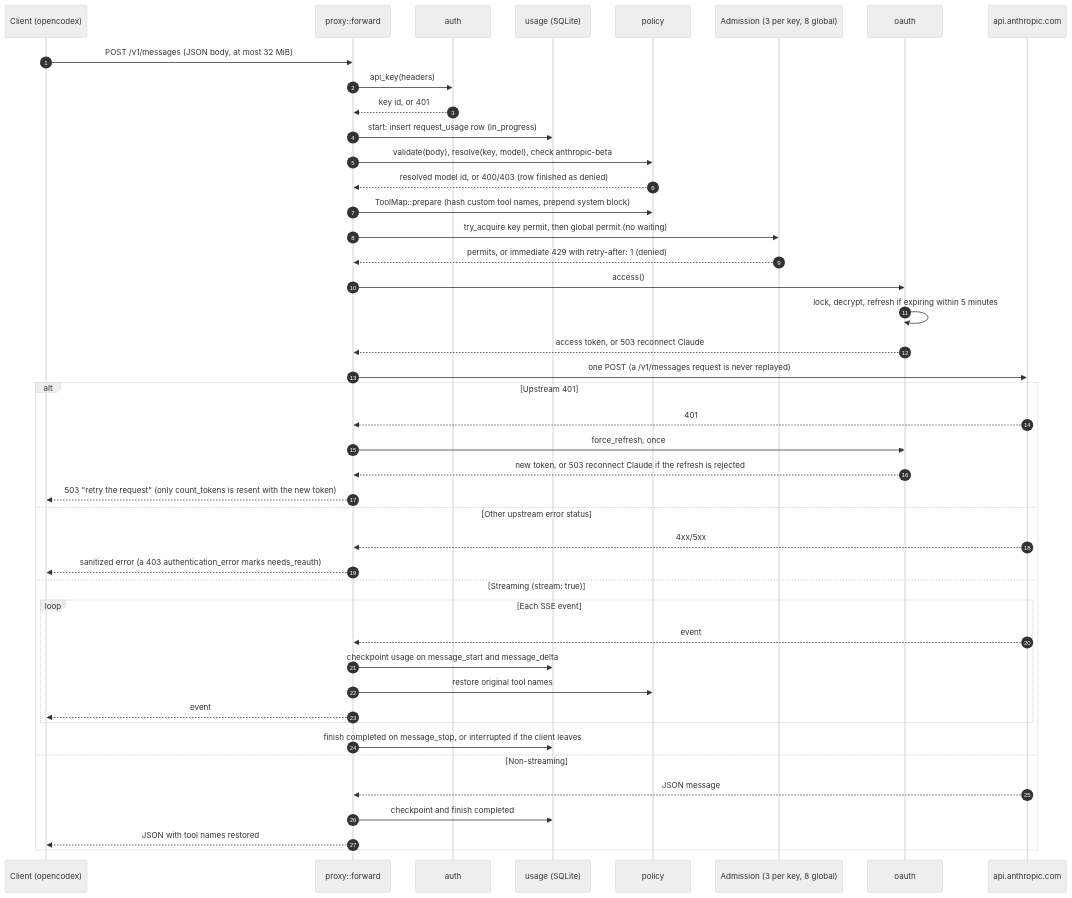
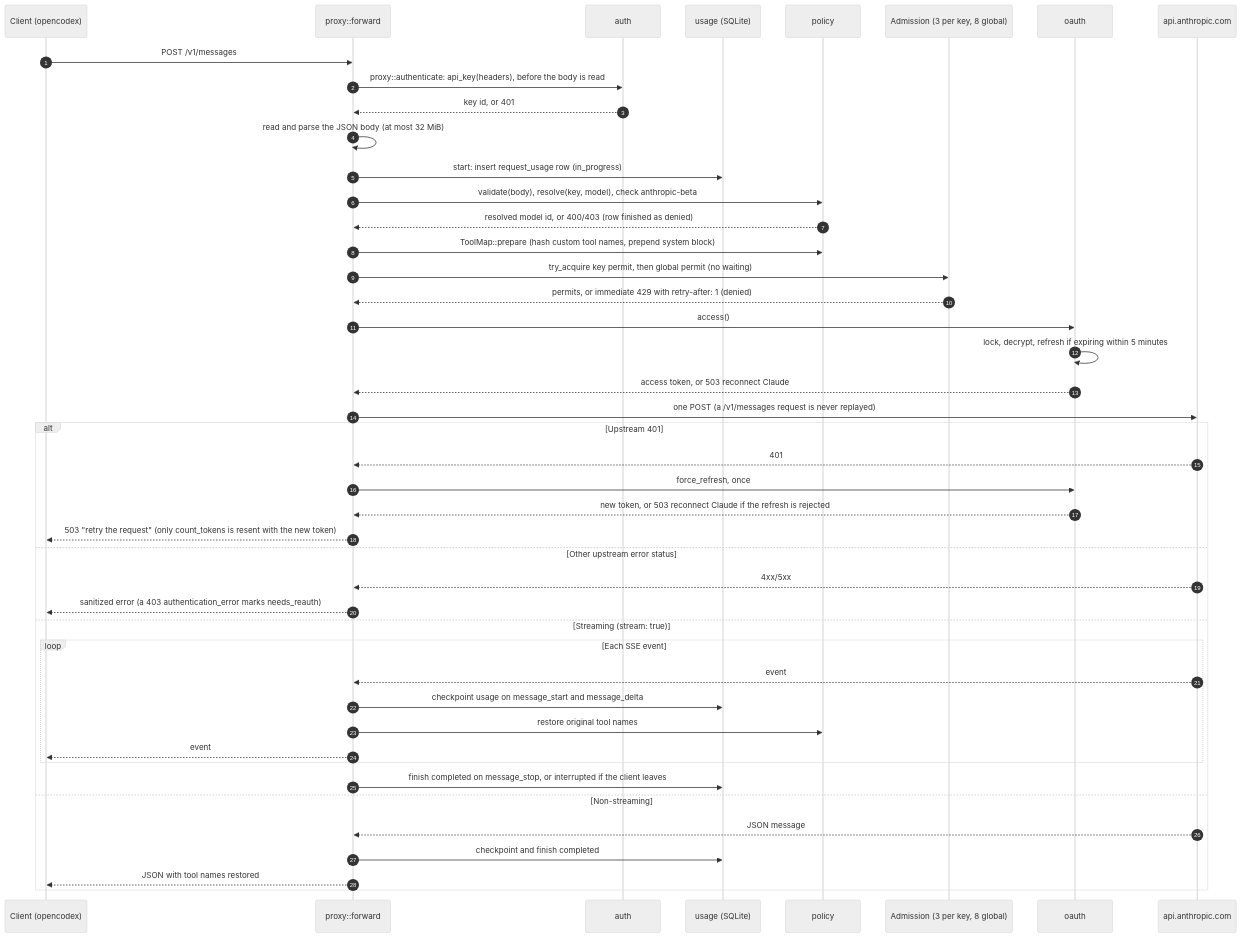
Before and after one commit to SobshDev/share_your_claude: the diagram in docs/architecture.md, drawn with Mermaid (neutral theme). The commit also changed other lines of this file, not shown here.

Commit message:
docs(architecture): authenticate before reading the body and map the test modules
Friend routes now authenticate from headers before the body is buffered, and last_used_at is written at most once a minute. The tests live in src/tests/ modules instead of one tests.rs.

Refs #3

Refs #48

Refs #29

````diff
--- a/docs/architecture.md
+++ b/docs/architecture.md
@@ -25,47 +25,48 @@
 ```mermaid
 sequenceDiagram
     autonumber
     participant C as Client (opencodex)
     participant P as proxy::forward
     participant A as auth
     participant U as usage (SQLite)
     participant Pol as policy
     participant S as Admission (3 per key, 8 global)
     participant O as oauth
     participant Up as api.anthropic.com
 
-    C->>P: POST /v1/messages (JSON body, at most 32 MiB)
-    P->>A: api_key(headers)
+    C->>P: POST /v1/messages
+    P->>A: proxy::authenticate: api_key(headers), before the body is read
     A-->>P: key id, or 401
+    P->>P: read and parse the JSON body (at most 32 MiB)
     P->>U: start: insert request_usage row (in_progress)
     P->>Pol: validate(body), resolve(key, model), check anthropic-beta
     Pol-->>P: resolved model id, or 400/403 (row finished as denied)
     P->>Pol: ToolMap::prepare (hash custom tool names, prepend system block)
     P->>S: try_acquire key permit, then global permit (no waiting)
     S-->>P: permits, or immediate 429 with retry-after: 1 (denied)
     P->>O: access()
     O->>O: lock, decrypt, refresh if expiring within 5 minutes
     O-->>P: access token, or 503 reconnect Claude
     P->>Up: one POST (a /v1/messages request is never replayed)
     alt Upstream 401
         Up-->>P: 401
         P->>O: force_refresh, once
         O-->>P: new token, or 503 reconnect Claude if the refresh is rejected
         P-->>C: 503 "retry the request" (only count_tokens is resent with the new token)
     else Other upstream error status
         Up-->>P: 4xx/5xx
         P-->>C: sanitized error (a 403 authentication_error marks needs_reauth)
     else Streaming (stream: true)
         loop Each SSE event
             Up-->>P: event
             P->>U: checkpoint usage on message_start and message_delta
             P->>Pol: restore original tool names
             P-->>C: event
         end
         P->>U: finish completed on message_stop, or interrupted if the client leaves
     else Non-streaming
         Up-->>P: JSON message
         P->>U: checkpoint and finish completed
         P-->>C: JSON with tool names restored
     end
 ```
````
